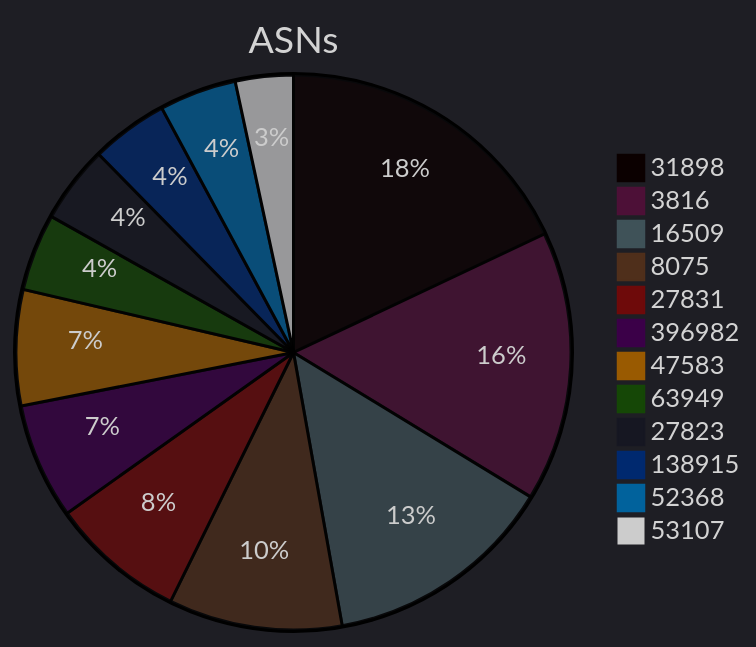
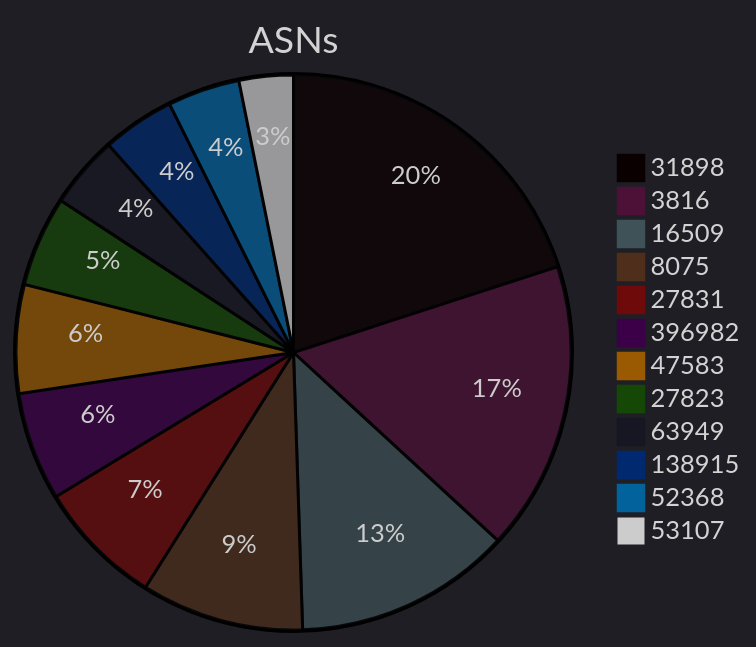
One commit to ZoqueLabs/website changed the third of 8 diagrams in zolim.md. Above: the diagram before and after it, drawn with Mermaid. The commit also changed other lines of this file, not shown here.

````diff
--- a/zolim.md
+++ b/zolim.md
@@ -73,19 +75,19 @@
 ```mermaid
----
-config:
-  theme: dark
----
+---  
+config:  
+ theme: dark  
+--- 
 pie title ASNs
-  "31898" : 16
-  "3816" : 14
+  "31898" : 19
+  "3816" : 16
   "16509" : 12
   "8075" : 9
   "27831" : 7
   "396982" : 6
   "47583" : 6
+  "27823" : 5
   "63949" : 4
-  "27823" : 4
   "138915" : 4
   "52368" : 4
   "53107" : 3
 ```
````
